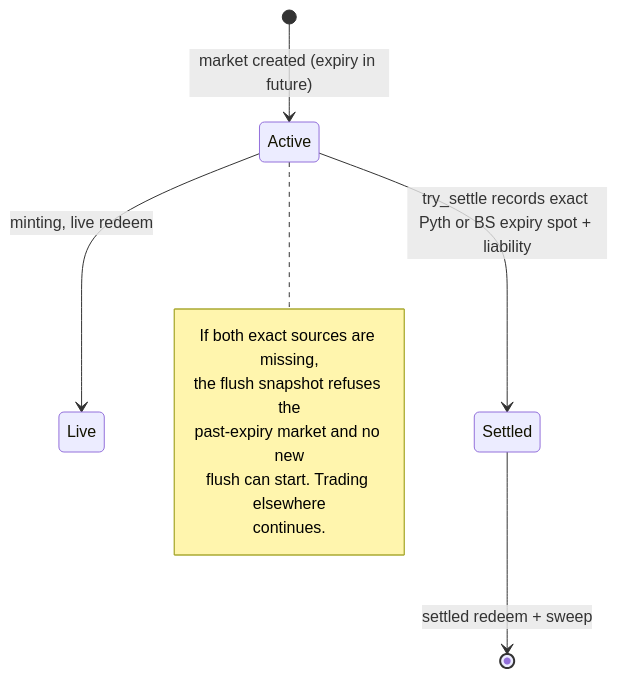
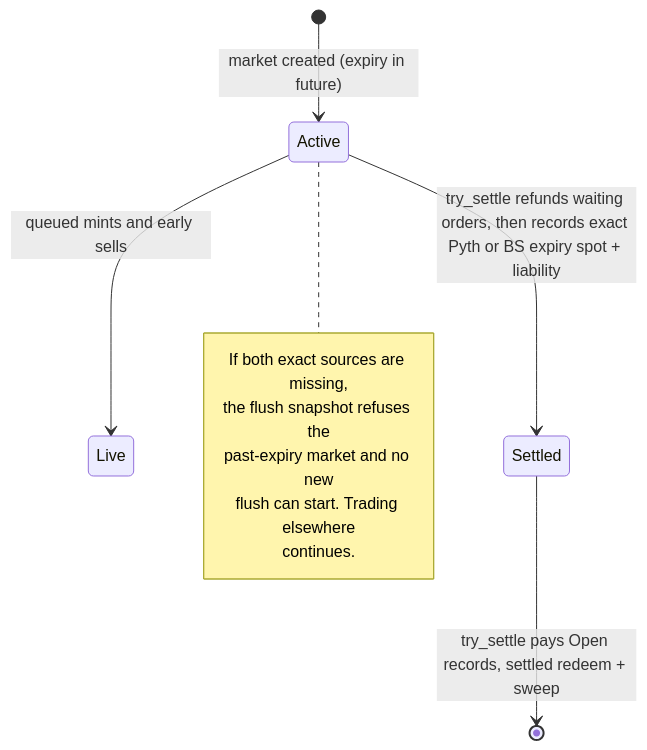
Before and after one commit to MystenLabs/deepbookv3: the diagram in packages/predict/docs/risks.md, drawn with Mermaid. The commit also changed other lines of this file and 23 other files, not shown here.

First line of the commit message:
predict-docs: delayed execution for mints and early sells (DBU-890)

````diff
--- a/packages/predict/docs/risks.md
+++ b/packages/predict/docs/risks.md
@@ -65,14 +69,14 @@
 ```mermaid
 stateDiagram-v2
     [*] --> Active: market created (expiry in future)
-    Active --> Live: minting, live redeem
-    Active --> Settled: try_settle records exact Pyth or BS expiry spot + liability
-    Settled --> [*]: settled redeem + sweep
+    Active --> Live: queued mints and early sells
+    Active --> Settled: try_settle refunds waiting orders, then records exact Pyth or BS expiry spot + liability
+    Settled --> [*]: try_settle pays Open records, settled redeem + sweep
     note right of Active
       If both exact sources are missing,
       the flush snapshot refuses the
       past-expiry market and no new
       flush can start. Trading elsewhere
       continues.
     end note
 ```
````
